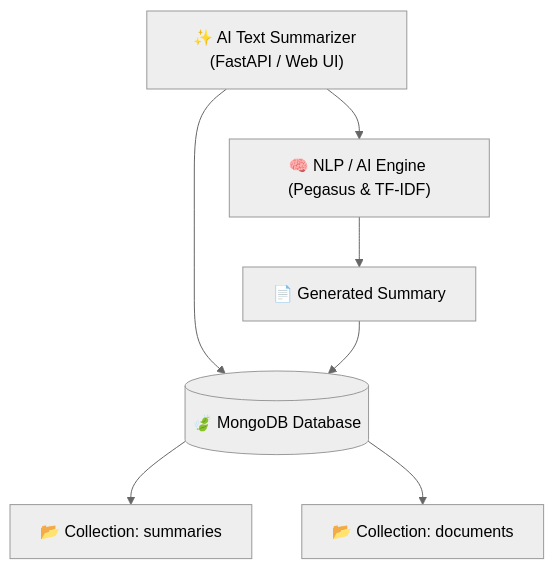
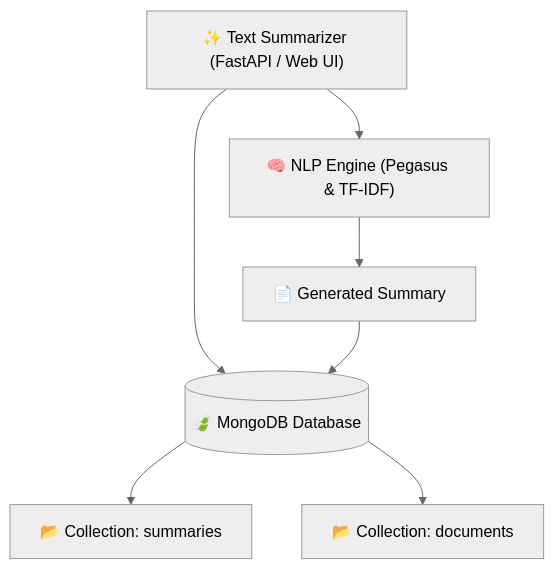
The diagram in README.md (Abhijeet0848/LexiBrief), drawn with Mermaid (neutral theme) before and after one commit. The commit also changed other lines of this file and 2 other files, not shown here.

Commit message:
chore: remove 'AI' branding/text across entire project

````diff
--- a/README.md
+++ b/README.md
@@ -62,10 +62,10 @@
 ```mermaid
 flowchart TD
-    APP["✨ AI Text Summarizer (FastAPI / Web UI)"]
-    APP --> NLP["🧠 NLP / AI Engine (Pegasus & TF-IDF)"]
+    APP["✨ Text Summarizer (FastAPI / Web UI)"]
+    APP --> NLP["🧠 NLP Engine (Pegasus & TF-IDF)"]
     APP --> DB[("🍃 MongoDB Database")]
     NLP --> OUT["📄 Generated Summary"]
     OUT --> DB
     DB --> COL1["📂 Collection: summaries"]
     DB --> COL2["📂 Collection: documents"]
 ```
````
